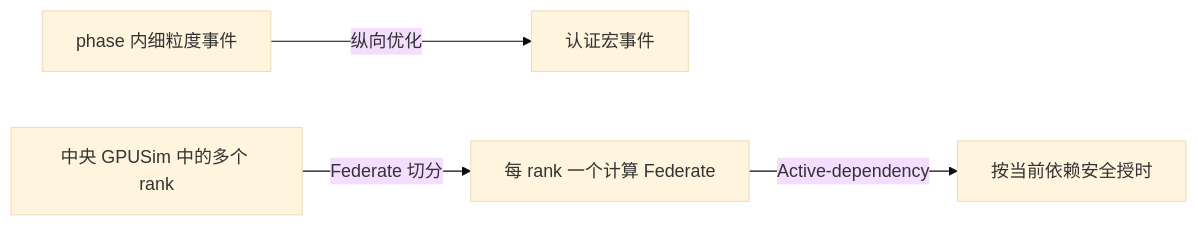
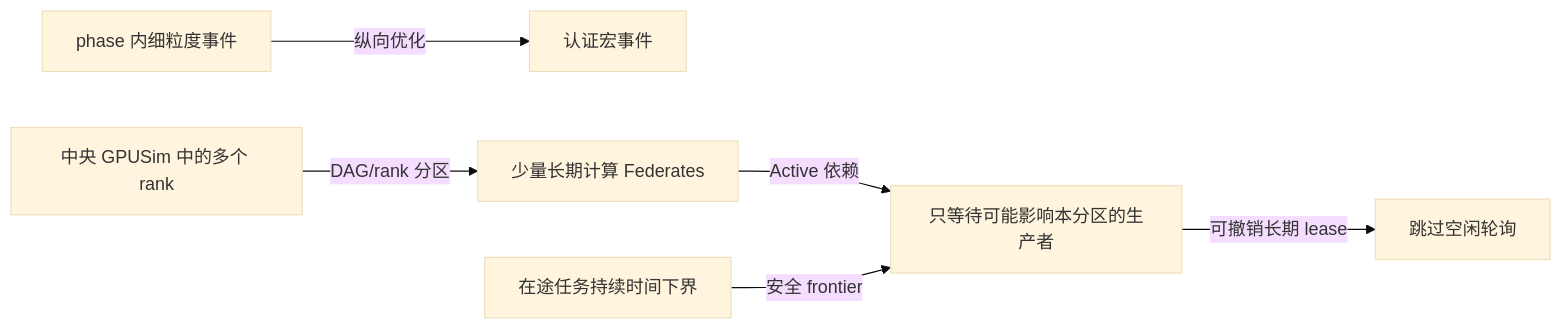
Before and after one commit to tocods/ComposeDES: the diagram in docs/WORK_2_DESIGN.md, drawn with Mermaid (base theme). The commit also changed other lines of this file and 14 other files, not shown here.

````diff
--- a/docs/WORK_2_DESIGN.md
+++ b/docs/WORK_2_DESIGN.md
@@ -16,6 +17,8 @@
 ```mermaid
 flowchart LR
     A[phase 内细粒度事件] -->|纵向优化| B[认证宏事件]
-    C[中央 GPUSim 中的多个 rank] -->|Federate 切分| D[每 rank 一个计算 Federate]
-    D -->|Active-dependency| E[按当前依赖安全授时]
+    C[中央 GPUSim 中的多个 rank] -->|DAG/rank 分区| D[少量长期计算 Federates]
+    D -->|Active 依赖| E[只等待可能影响本分区的生产者]
+    F[在途任务持续时间下界] -->|安全 frontier| E
+    E -->|可撤销长期 lease| G[跳过空闲轮询]
 ```
````
